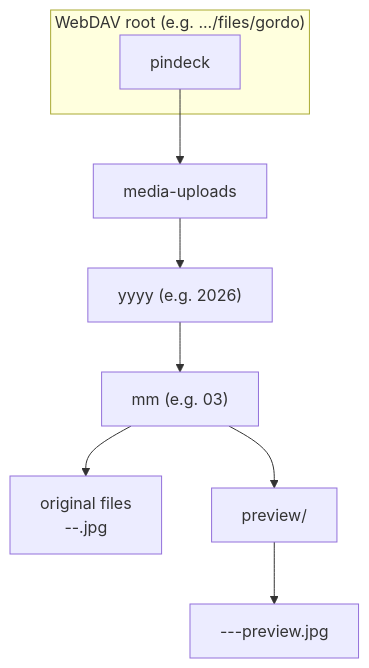
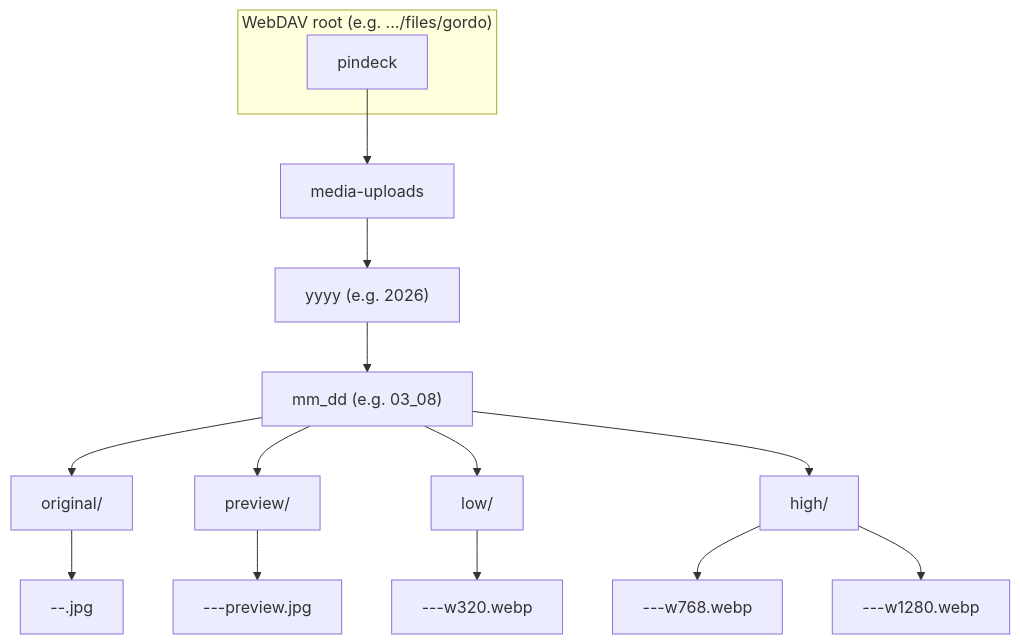
The diagram in docs/pindeck-webdav-uploads.md (gordo-v1su4/pindeck), drawn with Mermaid before and after one commit. The commit also changed other lines of this file and 4 other files, not shown here.

````diff
--- a/docs/pindeck-webdav-uploads.md
+++ b/docs/pindeck-webdav-uploads.md
@@ -95,12 +99,18 @@
 ```mermaid
 flowchart TB
   subgraph root["WebDAV root (e.g. .../files/gordo)"]
     P["pindeck"]
   end
   P --> MU["media-uploads"]
   MU --> Y["yyyy (e.g. 2026)"]
-  Y --> M["mm (e.g. 03)"]
-  M --> ORIG["original files<br/><slug>-<ts>-<nonce>.jpg"]
+  Y --> M["mm_dd (e.g. 03_08)"]
+  M --> ORIGDIR["original/"]
+  ORIGDIR --> ORIG["<slug>-<ts>-<nonce>.jpg"]
   M --> PREVDIR["preview/"]
   PREVDIR --> PREV["<slug>-<ts>-<nonce>-preview.jpg"]
+  M --> LOWDIR["low/"]
+  LOWDIR --> LOW["<slug>-<ts>-<nonce>-w320.webp"]
+  M --> HIGHDIR["high/"]
+  HIGHDIR --> HIGHA["<slug>-<ts>-<nonce>-w768.webp"]
+  HIGHDIR --> HIGHB["<slug>-<ts>-<nonce>-w1280.webp"]
 ```
````
